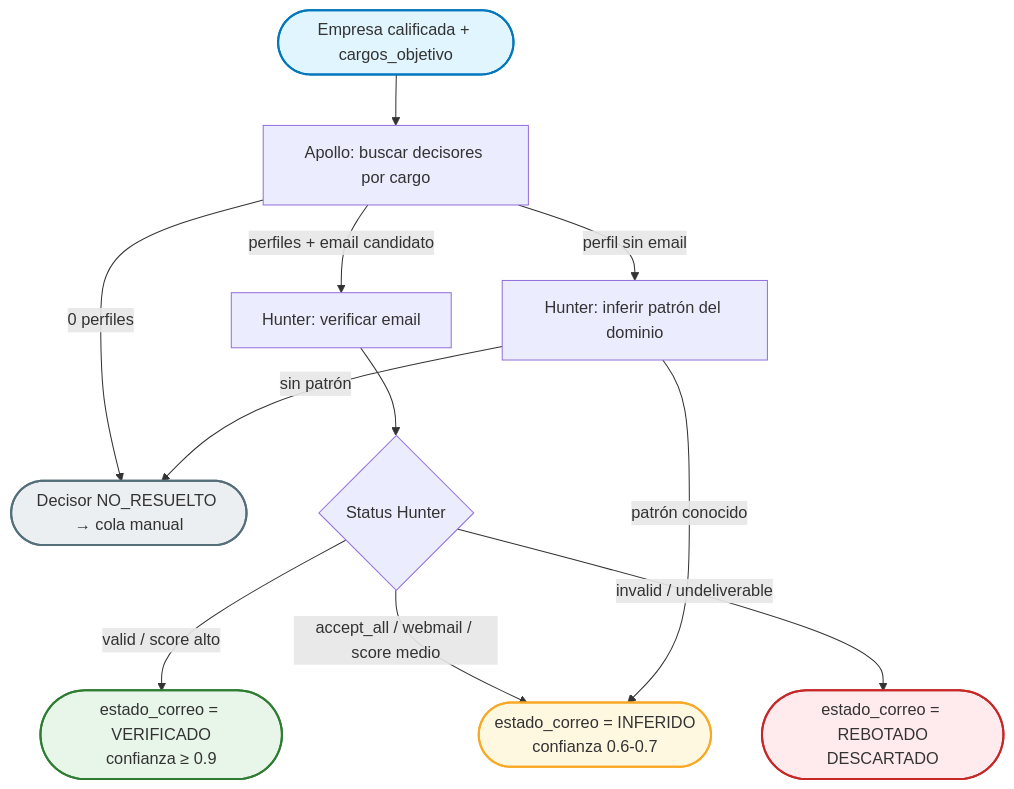
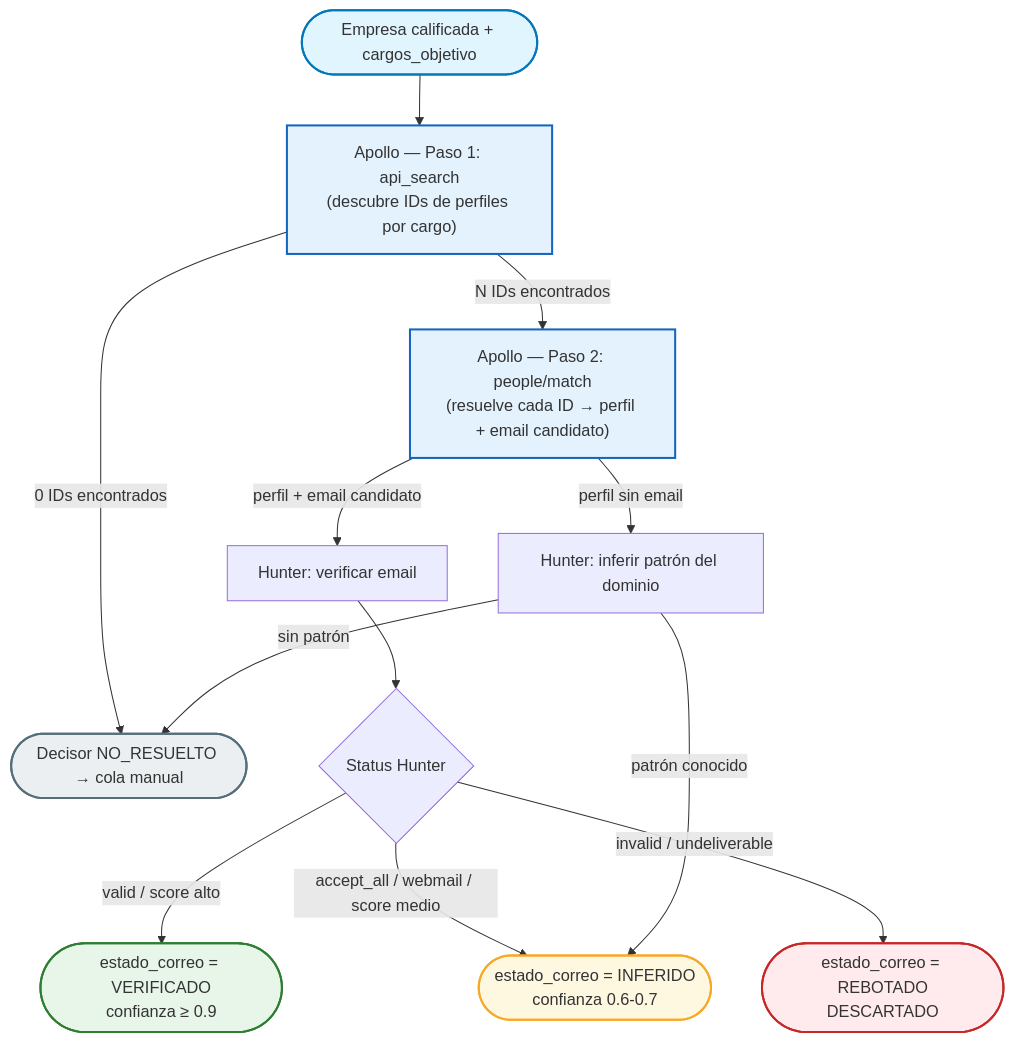
One commit to yeisonestiv109/estudio_skills_ia_claude changed the second of 3 diagrams in 10-Memoria_Consolidada/tecnico/prospector-m3-m4-design.md. Above: the diagram before and after it, drawn with Mermaid. The commit also changed other lines of this file and 32 other files, not shown here.

````diff
--- a/10-Memoria_Consolidada/tecnico/prospector-m3-m4-design.md
+++ b/10-Memoria_Consolidada/tecnico/prospector-m3-m4-design.md
@@ -192,19 +198,22 @@
 ```mermaid
 graph TD
-    A([Empresa calificada + cargos_objetivo]) --> B[Apollo: buscar decisores por cargo]
-    B -->|0 perfiles| Z([Decisor NO_RESUELTO → cola manual])
-    B -->|perfiles + email candidato| C[Hunter: verificar email]
-    B -->|perfil sin email| D[Hunter: inferir patrón del dominio]
+    A([Empresa calificada + cargos_objetivo]) --> B["Apollo — Paso 1: api_search<br/>(descubre IDs de perfiles por cargo)"]
+    B -->|0 IDs encontrados| Z([Decisor NO_RESUELTO → cola manual])
+    B -->|N IDs encontrados| M["Apollo — Paso 2: people/match<br/>(resuelve cada ID → perfil + email candidato)"]
+    M -->|perfil + email candidato| C[Hunter: verificar email]
+    M -->|perfil sin email| D[Hunter: inferir patrón del dominio]
     C --> E{Status Hunter}
     E -->|valid / score alto| V([estado_correo = VERIFICADO<br/>confianza ≥ 0.9])
     E -->|accept_all / webmail / score medio| I([estado_correo = INFERIDO<br/>confianza 0.6-0.7])
     E -->|invalid / undeliverable| R([estado_correo = REBOTADO<br/>DESCARTADO])
     D -->|patrón conocido| I
     D -->|sin patrón| Z
 
     style A fill:#e1f5fe,stroke:#0277bd,stroke-width:2px
+    style B fill:#e3f2fd,stroke:#1565c0,stroke-width:2px
+    style M fill:#e3f2fd,stroke:#1565c0,stroke-width:2px
     style V fill:#e8f5e9,stroke:#2e7d32,stroke-width:2px
     style I fill:#fff8e1,stroke:#f9a825,stroke-width:2px
     style R fill:#ffebee,stroke:#c62828,stroke-width:2px
     style Z fill:#eceff1,stroke:#546e7a,stroke-width:2px
 ```
````
